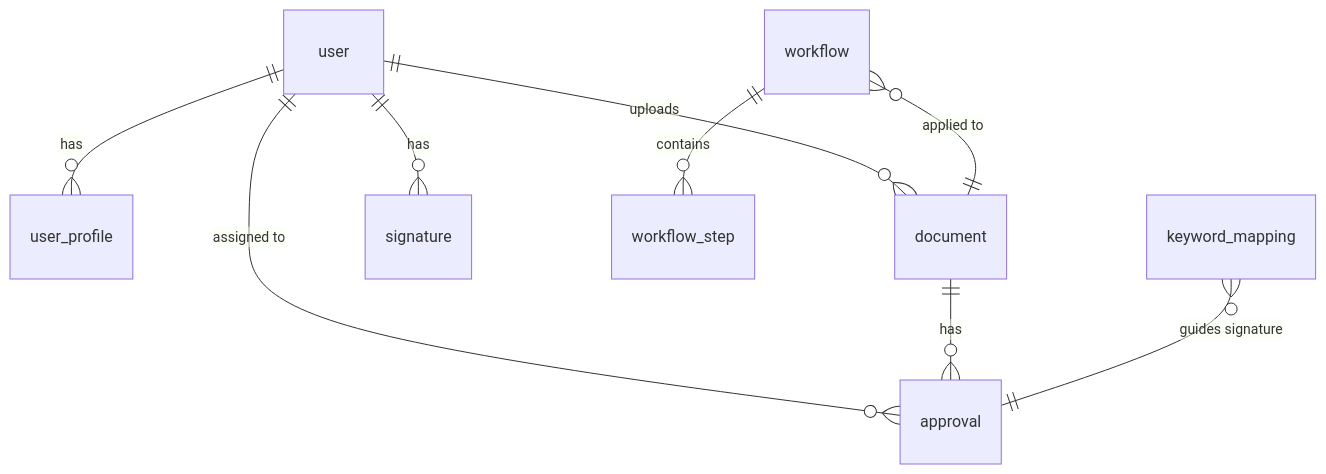
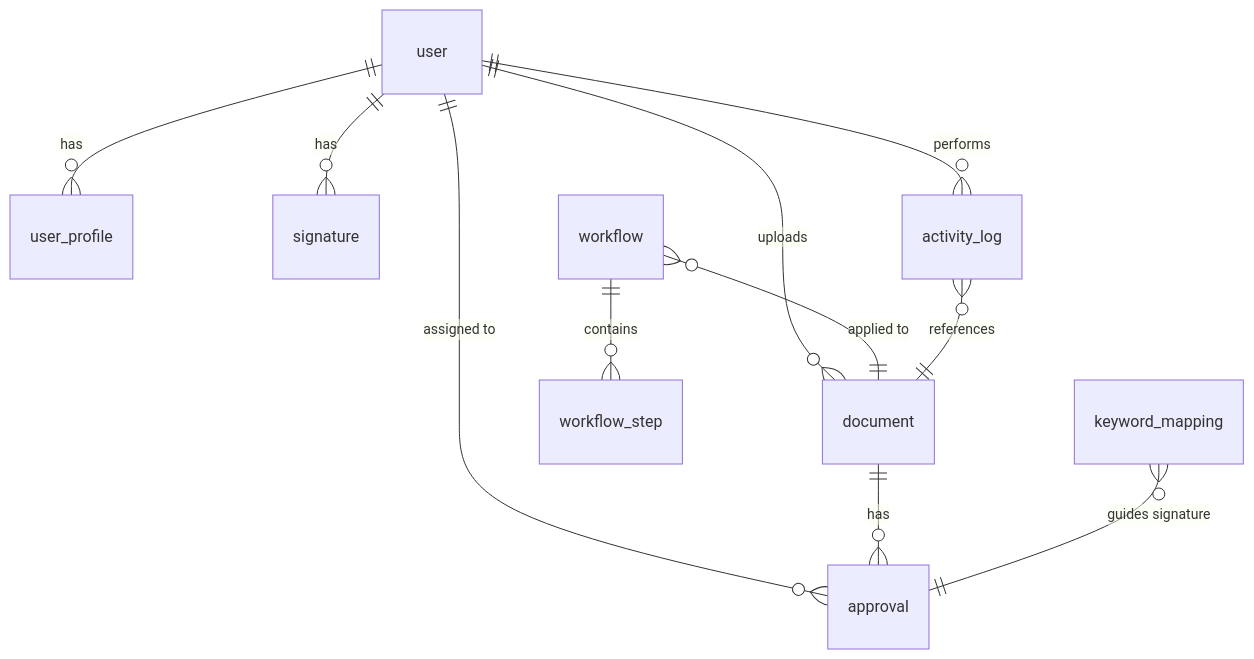
The diagram in docs/MASTER_DOCUMENTATION.md (mudahanberkahya/dms-sederhana), drawn with Mermaid before and after one commit. The commit also changed other lines of this file and 28 other files, not shown here.

Commit message:
feat: revamp UI v2 architectural minimalist dan update skema database

````diff
--- a/docs/MASTER_DOCUMENTATION.md
+++ b/docs/MASTER_DOCUMENTATION.md
@@ -192,11 +195,13 @@
 ```mermaid
 erDiagram
     user ||--o{ user_profile : has
     user ||--o{ document : uploads
     user ||--o{ signature : has
     user ||--o{ approval : "assigned to"
     document ||--o{ approval : has
     workflow ||--o{ workflow_step : contains
     workflow }o--|| document : "applied to"
     keyword_mapping }o--|| approval : "guides signature"
+    user ||--o{ activity_log : performs
+    activity_log }o--|| document : references
 ```
````
